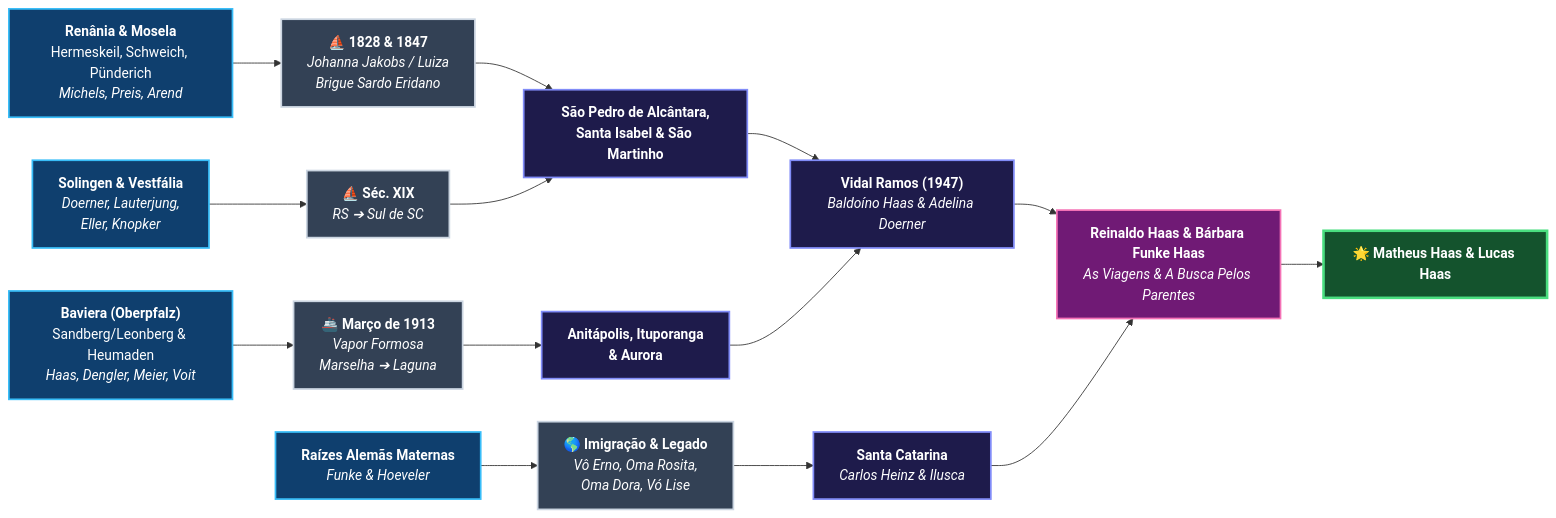
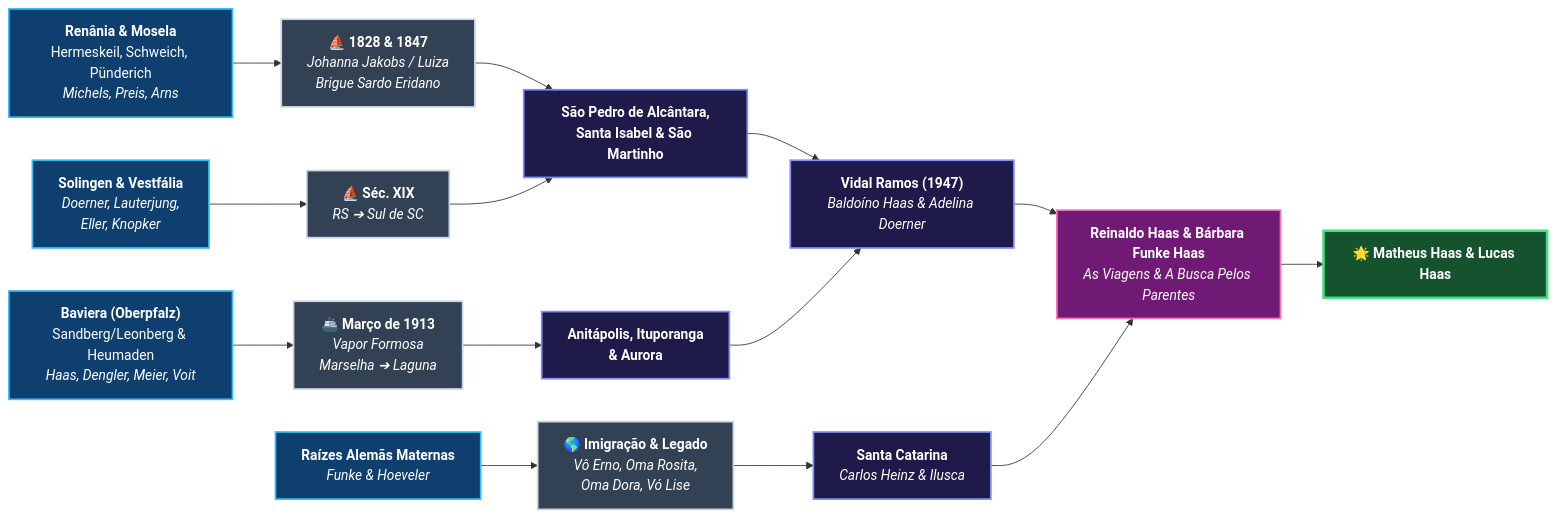
Before and after one commit to reinaldohaas/arvore_genealogica: the diagram in docs/roteiro_livro.md, drawn with Mermaid. The commit also changed other lines of this file and 19 other files, not shown here.

````diff
--- a/docs/roteiro_livro.md
+++ b/docs/roteiro_livro.md
@@ -44,26 +44,26 @@
 ```mermaid
 flowchart LR
     classDef europa fill:#0f3f6e,stroke:#38bdf8,stroke-width:2px,color:#ffffff;
     classDef navio fill:#334155,stroke:#cbd5e1,stroke-width:2px,color:#ffffff;
     classDef sc fill:#1e1b4b,stroke:#818cf8,stroke-width:2px,color:#ffffff;
     classDef presente fill:#701a75,stroke:#f472b6,stroke-width:2px,color:#ffffff;
     classDef filhos fill:#14532d,stroke:#4ade80,stroke-width:3px,color:#ffffff;
 
-    E1["<b>Renânia & Mosela</b><br/>Hermeskeil, Schweich, Pünderich<br/><i>Michels, Preis, Arend</i>"]:::europa --> N1["⛵ <b>1828 & 1847</b><br/><i>Johanna Jakobs / Luiza<br/>Brigue Sardo Eridano</i>"]:::navio
+    E1["<b>Renânia & Mosela</b><br/>Hermeskeil, Schweich, Pünderich<br/><i>Michels, Preis, Arns</i>"]:::europa --> N1["⛵ <b>1828 & 1847</b><br/><i>Johanna Jakobs / Luiza<br/>Brigue Sardo Eridano</i>"]:::navio
     E2["<b>Solingen & Vestfália</b><br/><i>Doerner, Lauterjung,<br/>Eller, Knopker</i>"]:::europa --> N2["⛵ <b>Séc. XIX</b><br/><i>RS ➔ Sul de SC</i>"]:::navio
     E3["<b>Baviera (Oberpfalz)</b><br/>Sandberg/Leonberg & Heumaden<br/><i>Haas, Dengler, Meier, Voit</i>"]:::europa --> N3["🚢 <b>Março de 1913</b><br/><i>Vapor Formosa<br/>Marselha ➔ Laguna</i>"]:::navio
     E4["<b>Raízes Alemãs Maternas</b><br/><i>Funke & Hoeveler</i>"]:::europa --> N4["🌎 <b>Imigração & Legado</b><br/><i>Vô Erno, Oma Rosita,<br/>Oma Dora, Vó Lise</i>"]:::navio
 
     N1 --> SC1["<b>São Pedro de Alcântara,<br/>Santa Isabel & São Martinho</b>"]:::sc
     N2 --> SC1
     N3 --> SC2["<b>Anitápolis, Ituporanga<br/>& Aurora</b>"]:::sc
     N4 --> SC3["<b>Santa Catarina</b><br/><i>Carlos Heinz & Ilusca</i>"]:::sc
 
     SC1 --> VR["<b>Vidal Ramos (1947)</b><br/><i>Baldoíno Haas & Adelina Doerner</i>"]:::sc
     SC2 --> VR
 
     VR --> CASAL["<b>Reinaldo Haas & Bárbara Funke Haas</b><br/><i>As Viagens & A Busca Pelos Parentes</i>"]:::presente
     SC3 --> CASAL
 
     CASAL --> ML["🌟 <b>Matheus Haas & Lucas Haas</b>"]:::filhos
 ```
````
